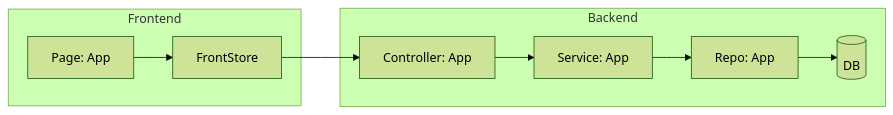
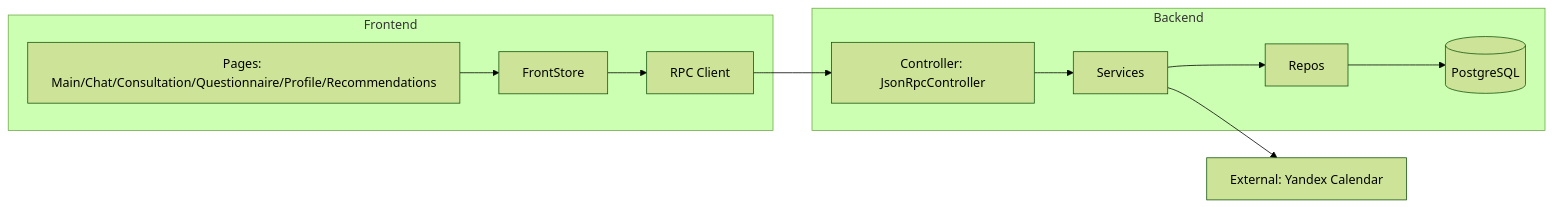
Before and after one commit to borzoyuniverse/ai-prosto-i-zdorovo: the eighth of 8 diagrams in docs/UX_MAP.md, drawn with Mermaid (forest theme). The commit also changed other lines of this file and 17 other files, not shown here.

````diff
--- a/docs/UX_MAP.md
+++ b/docs/UX_MAP.md
@@ -43,15 +286,18 @@
 ```mermaid
 flowchart LR
   subgraph Frontend
-    PC[Page: App]
+    PC[Pages: Main/Chat/Consultation/Questionnaire/Profile/Recommendations]
     ST[FrontStore]
+    RPC[RPC Client]
   end
   subgraph Backend
-    CTRL[Controller: App]
-    SVC[Service: App]
-    REPO[Repo: App]
-    DB[(DB)]
+    CTRL[Controller: JsonRpcController]
+    SVC[Services]
+    REPO[Repos]
+    DB[(PostgreSQL)]
   end
+  EXT[External: Yandex Calendar]
 
-  PC --> ST --> CTRL --> SVC --> REPO --> DB
+  PC --> ST --> RPC --> CTRL --> SVC --> REPO --> DB
+  SVC --> EXT
 ```
````
